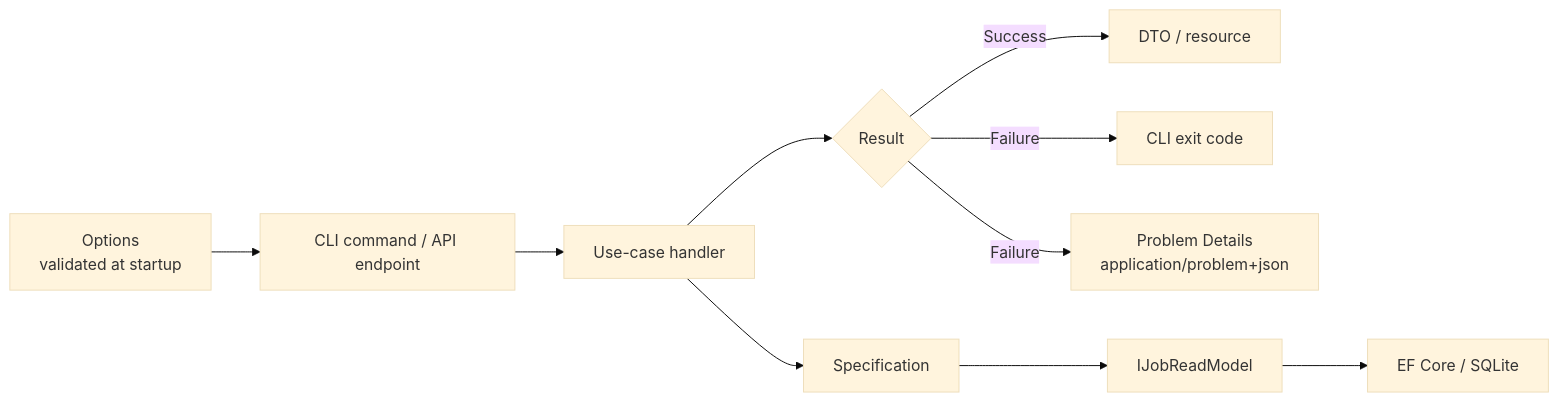
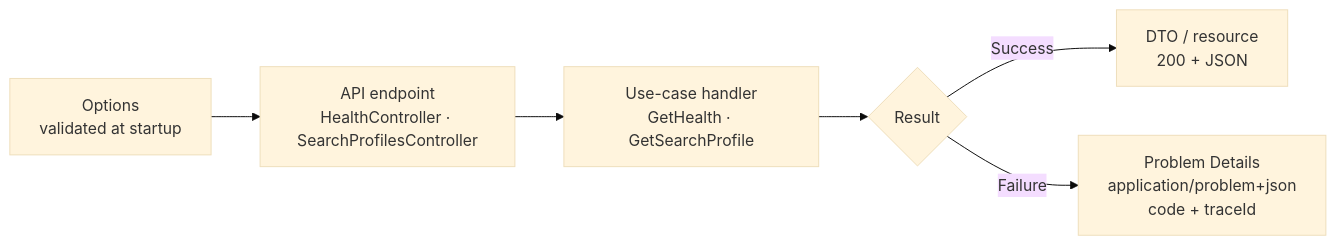
The diagram in docs/14-application-patterns.md (AslamNazeerShaikh/PlaywrightDotNet), drawn with Mermaid (base theme) before and after one commit. The commit also changed other lines of this file and 3 other files, not shown here.

First line of the commit message:
docs: ground architecture docs in the implemented codebase with verified mermaid

````diff
--- a/docs/14-application-patterns.md
+++ b/docs/14-application-patterns.md
@@ -22,12 +21,8 @@
 ```mermaid
 flowchart LR
-    A["CLI command / API endpoint"] --> B["Use-case handler"]
+    A["API endpoint<br/>HealthController · SearchProfilesController"] --> B["Use-case handler<br/>GetHealth · GetSearchProfile"]
     B --> C{"Result"}
-    C -->|Success| D["DTO / resource"]
-    C -->|Failure| E["CLI exit code"]
-    C -->|Failure| F["Problem Details<br/>application/problem+json"]
-    B --> G["Specification"]
-    G --> H["IJobReadModel"]
-    H --> I["EF Core / SQLite"]
+    C -->|Success| D["DTO / resource<br/>200 + JSON"]
+    C -->|Failure| F["Problem Details<br/>application/problem+json<br/>code + traceId"]
     O["Options<br/>validated at startup"] --> A
 ```
````
